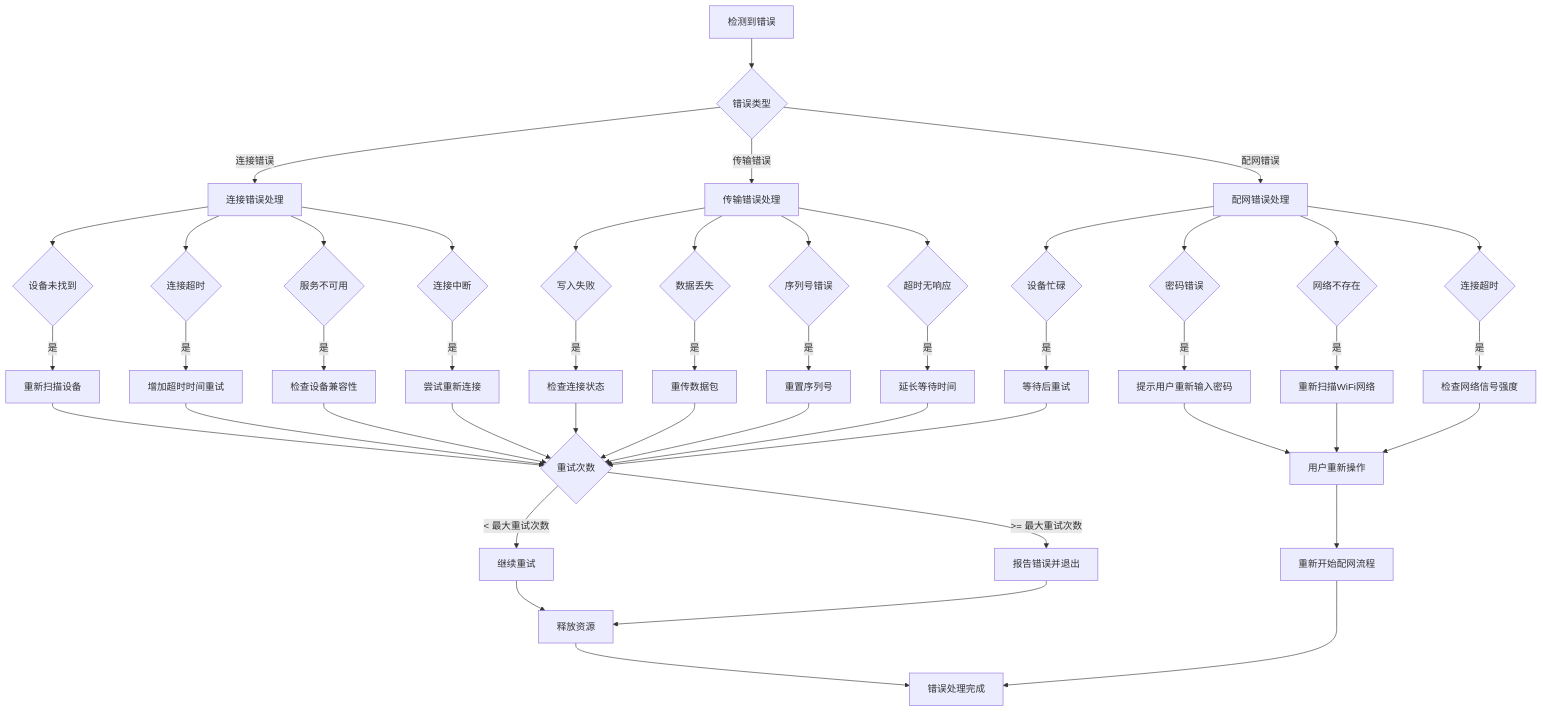
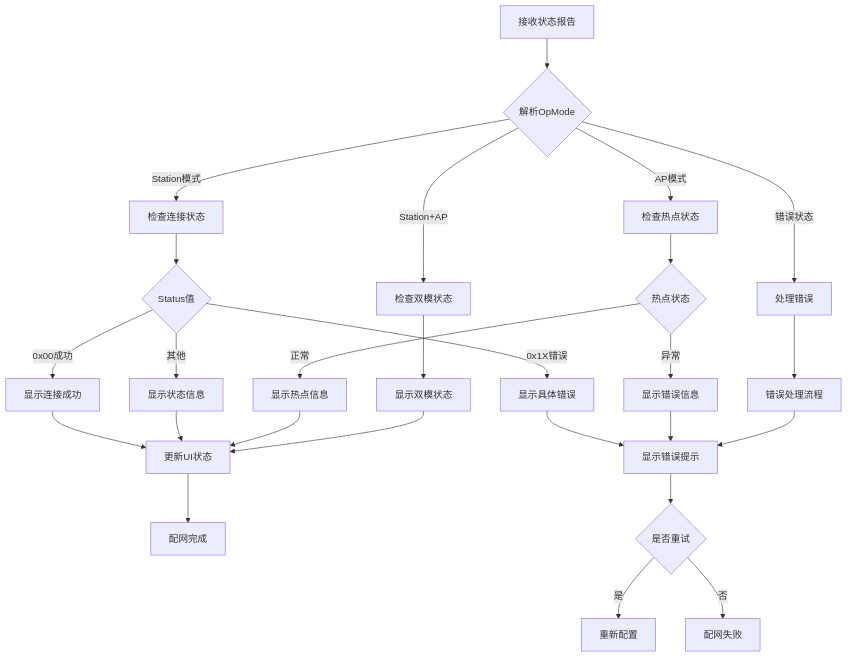
One commit to qiniu/Xrobot-docs changed the seventh of 10 diagrams in docs/xrobot/platform/blufi-config.md. Above: the diagram before and after it, drawn with Mermaid. The commit also changed other lines of this file and 1 other file, not shown here.

````diff
--- a/docs/xrobot/platform/blufi-config.md
+++ b/docs/xrobot/platform/blufi-config.md
@@ -412,61 +545,33 @@
 ```mermaid
 flowchart TD
-    A[检测到错误] --> B{错误类型}
+    A[接收状态报告] --> B{解析OpMode}
+    B -->|Station模式| C[检查连接状态]
+    B -->|AP模式| D[检查热点状态]
+    B -->|Station+AP| E[检查双模状态]
+    B -->|错误状态| F[处理错误]
     
-    B -->|连接错误| C[连接错误处理]
-    B -->|传输错误| D[传输错误处理]
-    B -->|配网错误| E[配网错误处理]
+    C --> G{Status值}
+    G -->|0x00成功| H[显示连接成功]
+    G -->|0x1X错误| I[显示具体错误]
+    G -->|其他| J[显示状态信息]
     
-    C --> C1{设备未找到}
-    C --> C2{连接超时}
-    C --> C3{服务不可用}
-    C --> C4{连接中断}
+    D --> K{热点状态}
+    K -->|正常| L[显示热点信息]
+    K -->|异常| M[显示错误信息]
     
-    C1 -->|是| C1A[重新扫描设备]
-    C2 -->|是| C2A[增加超时时间重试]
-    C3 -->|是| C3A[检查设备兼容性]
-    C4 -->|是| C4A[尝试重新连接]
+    E --> N[显示双模状态]
+    F --> O[错误处理流程]
     
-    D --> D1{写入失败}
-    D --> D2{数据丢失}
-    D --> D3{序列号错误}
-    D --> D4{超时无响应}
+    H --> P[更新UI状态]
+    I --> Q[显示错误提示]
+    J --> P
+    L --> P
+    M --> Q
+    N --> P
+    O --> Q
     
-    D1 -->|是| D1A[检查连接状态]
-    D2 -->|是| D2A[重传数据包]
-    D3 -->|是| D3A[重置序列号]
-    D4 -->|是| D4A[延长等待时间]
-    
-    E --> E1{密码错误}
-    E --> E2{网络不存在}
-    E --> E3{连接超时}
-    E --> E4{设备忙碌}
-    
-    E1 -->|是| E1A[提示用户重新输入密码]
-    E2 -->|是| E2A[重新扫描WiFi网络]
-    E3 -->|是| E3A[检查网络信号强度]
-    E4 -->|是| E4A[等待后重试]
-    
-    C1A --> F{重试次数}
-    C2A --> F
-    C3A --> F
-    C4A --> F
-    D1A --> F
-    D2A --> F
-    D3A --> F
-    D4A --> F
-    E1A --> G[用户重新操作]
-    E2A --> G
-    E3A --> G
-    E4A --> F
-    
-    F -->|< 最大重试次数| H[继续重试]
-    F -->|>= 最大重试次数| I[报告错误并退出]
-    
-    H --> J[释放资源]
-    I --> J
-    G --> K[重新开始配网流程]
-    
-    J --> L[错误处理完成]
-    K --> L
+    P --> R[配网完成]
+    Q --> S{是否重试}
+    S -->|是| T[重新配置]
+    S -->|否| U[配网失败]
 ```
````
